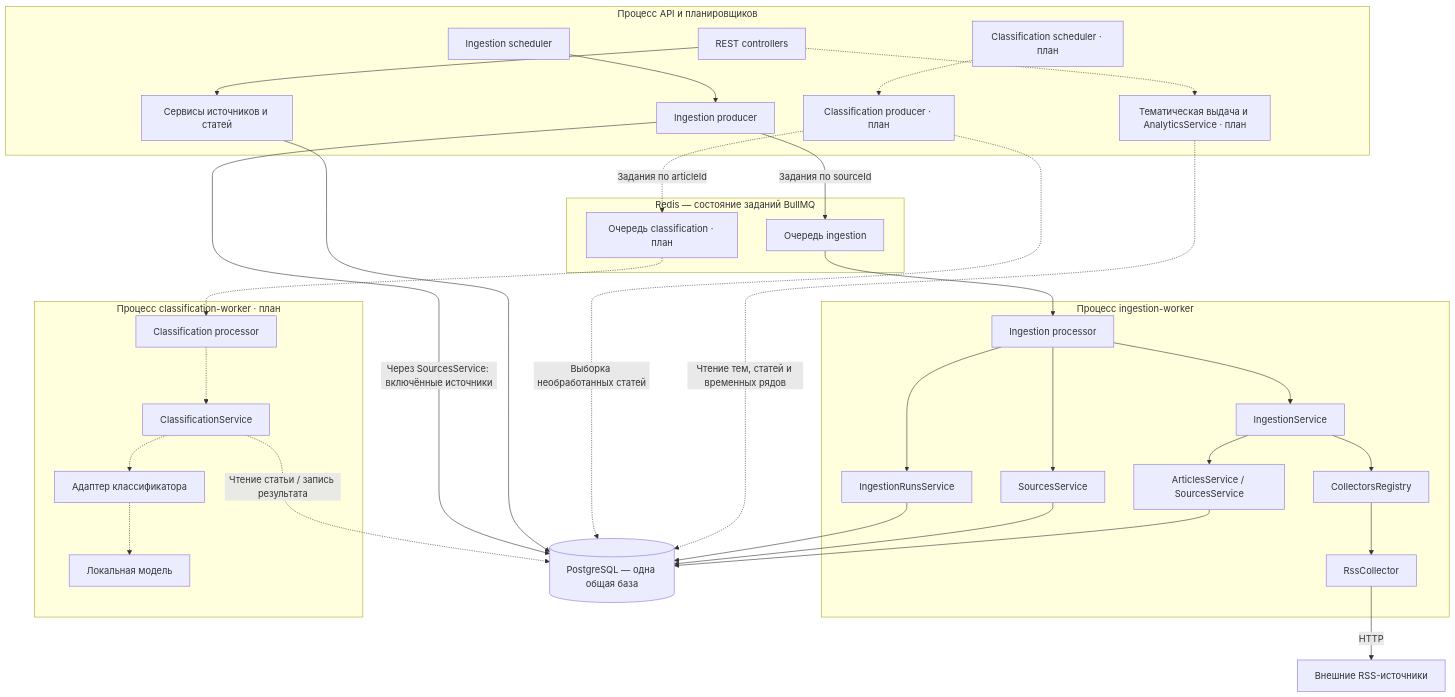
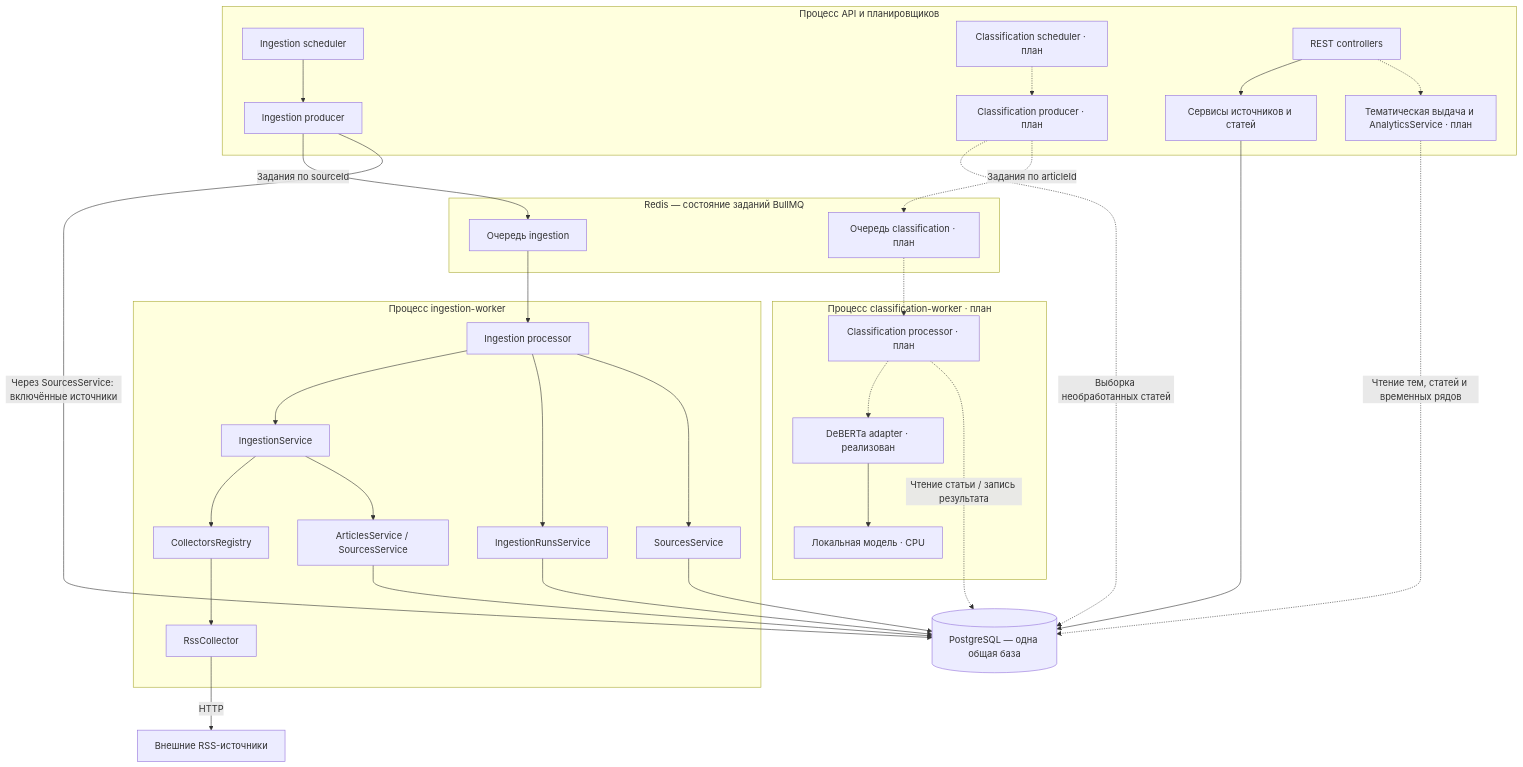
The diagram in README.md (naive-algorithm/media-monitor), drawn with Mermaid before and after one commit. The commit also changed other lines of this file and 1 other file, not shown here.

Commit message:
docs: document classifier progress and updated architecture

````diff
--- a/README.md
+++ b/README.md
@@ -42,47 +53,46 @@
 ```mermaid
 flowchart TD
     subgraph APP["Процесс API и планировщиков"]
         IS["Ingestion scheduler"] --> IP["Ingestion producer"]
         CS["Classification scheduler · план"] -.-> CP["Classification producer · план"]
         API["REST controllers"] --> READ["Сервисы источников и статей"]
         API -.-> ANALYTICS["Тематическая выдача и AnalyticsService · план"]
     end
 
     subgraph REDIS["Redis — состояние заданий BullMQ"]
         IQ["Очередь ingestion"]
         CQ["Очередь classification · план"]
     end
 
     subgraph INGEST["Процесс ingestion-worker"]
         PROC["Ingestion processor"] --> SERVICE["IngestionService"]
         PROC --> RUNS["IngestionRunsService"]
         PROC --> SOURCE["SourcesService"]
         SERVICE --> REG["CollectorsRegistry"]
         REG --> RSS["RssCollector"]
         SERVICE --> SAVE["ArticlesService / SourcesService"]
     end
 
     subgraph CLASSIFY["Процесс classification-worker · план"]
-        CPROC["Classification processor"] -.-> CSERVICE["ClassificationService"]
-        CSERVICE -.-> ADAPTER["Адаптер классификатора"]
-        ADAPTER -.-> MODEL["Локальная модель"]
+        CPROC["Classification processor · план"] -.-> ADAPTER["DeBERTa adapter · реализован"]
+        ADAPTER --> MODEL["Локальная модель · CPU"]
     end
 
     DB[("PostgreSQL — одна общая база")]
     FEEDS["Внешние RSS-источники"]
 
     IP -->|"Задания по sourceId"| IQ
     IP -->|"Через SourcesService: включённые источники"| DB
     IQ --> PROC
     RSS -->|"HTTP"| FEEDS
     RUNS --> DB
     SOURCE --> DB
     SAVE --> DB
     READ --> DB
 
     CP -. "Выборка необработанных статей" .-> DB
     CP -. "Задания по articleId" .-> CQ
     CQ -.-> CPROC
-    CSERVICE -. "Чтение статьи / запись результата" .-> DB
+    CPROC -. "Чтение статьи / запись результата" .-> DB
     ANALYTICS -. "Чтение тем, статей и временных рядов" .-> DB
 ```
````
